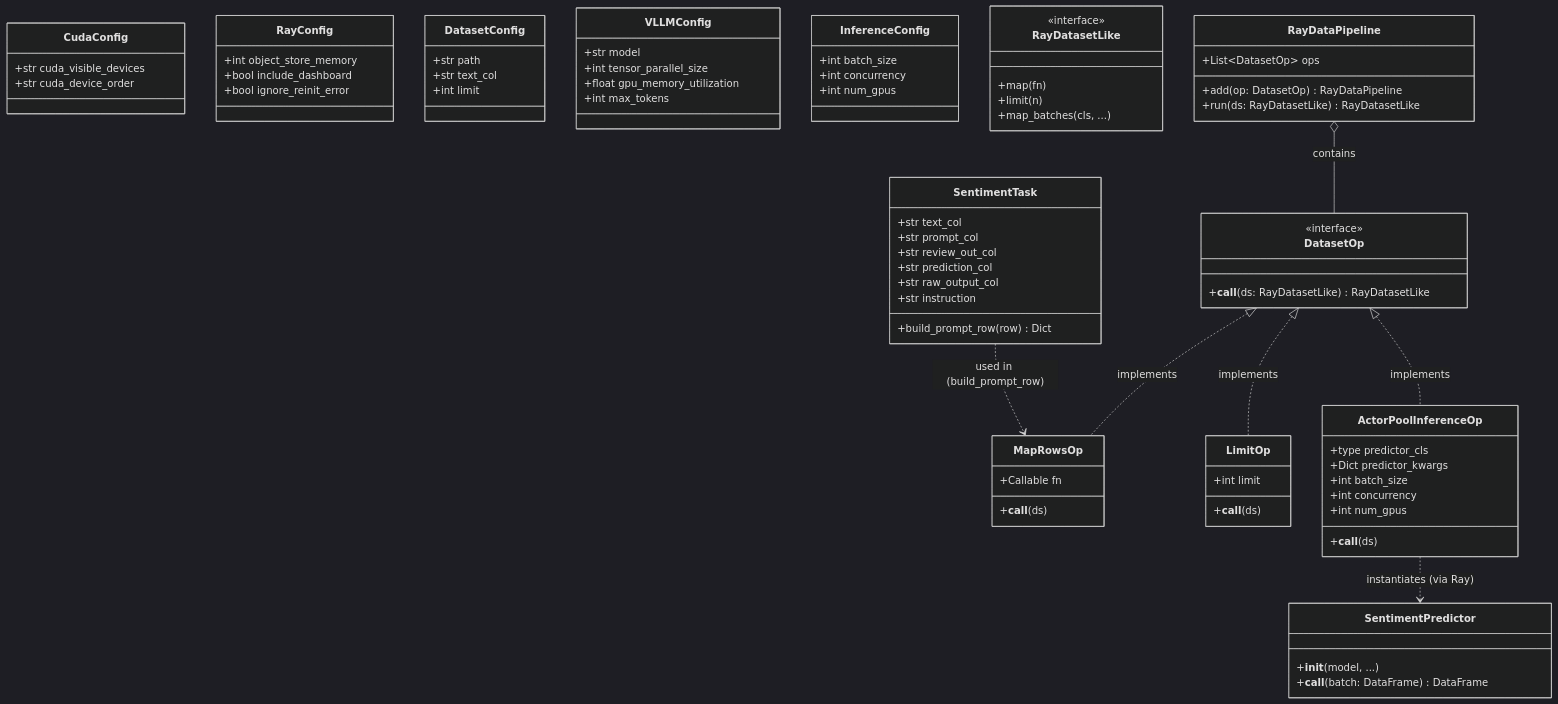
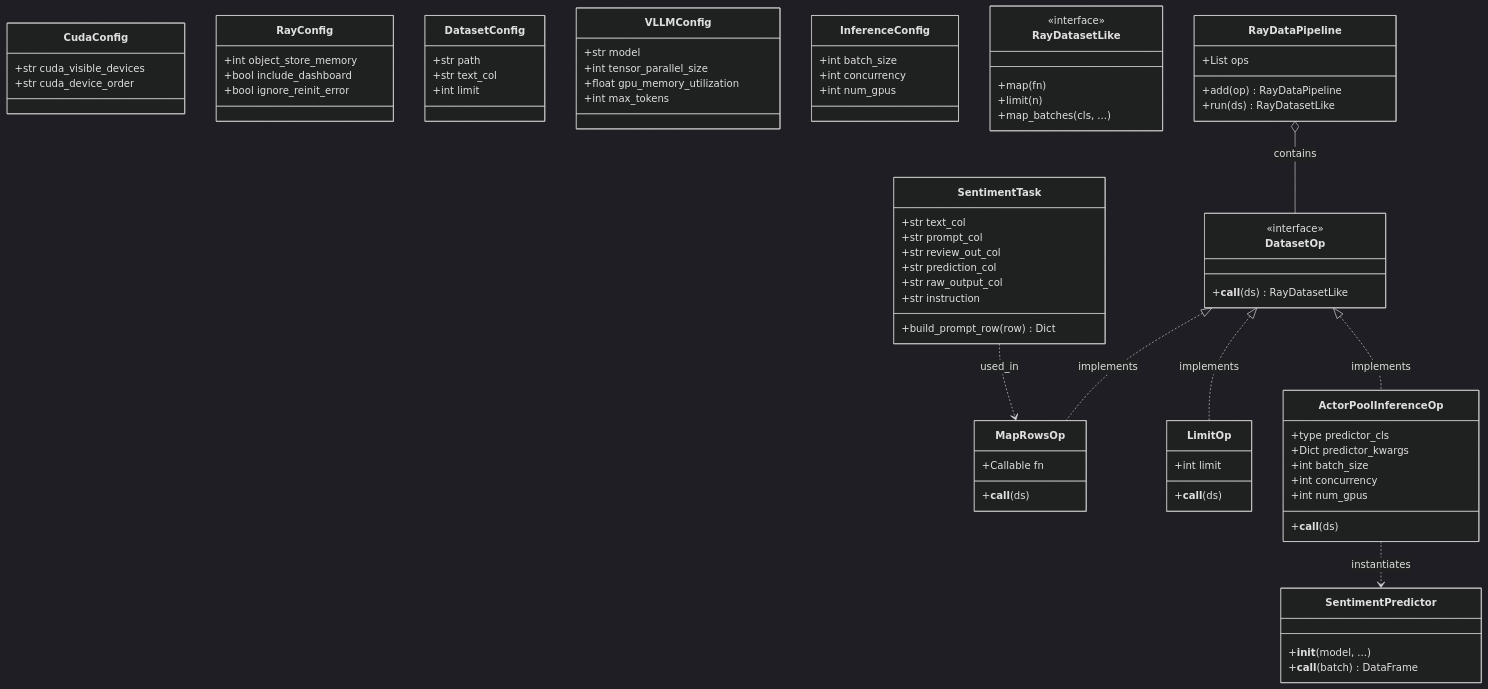
The diagram in mermaid/class_diagram.mmd (GentleCold/DaseR), drawn with Mermaid (dark theme) before and after one commit. The commit also changed 2 other files, not shown here.

Commit message:
fix: Correct mermaid syntax errors in diagrams

```diff
--- a/mermaid/class_diagram.mmd
+++ b/mermaid/class_diagram.mmd
@@ -1,89 +1,89 @@
 classDiagram
     %% Configuration Classes
     class CudaConfig {
         +str cuda_visible_devices
         +str cuda_device_order
     }
     class RayConfig {
         +int object_store_memory
         +bool include_dashboard
         +bool ignore_reinit_error
     }
     class DatasetConfig {
         +str path
         +str text_col
         +int limit
     }
     class VLLMConfig {
         +str model
         +int tensor_parallel_size
         +float gpu_memory_utilization
         +int max_tokens
     }
     class InferenceConfig {
         +int batch_size
         +int concurrency
         +int num_gpus
     }
 
     %% Pipeline & Operators
     class RayDatasetLike {
         <<interface>>
         +map(fn)
         +limit(n)
         +map_batches(cls, ...)
     }
 
     class DatasetOp {
         <<interface>>
-        +__call__(ds: RayDatasetLike) RayDatasetLike
+        +__call__(ds) RayDatasetLike
     }
 
     class RayDataPipeline {
-        +List~DatasetOp~ ops
-        +add(op: DatasetOp) RayDataPipeline
-        +run(ds: RayDatasetLike) RayDatasetLike
+        +List ops
+        +add(op) RayDataPipeline
+        +run(ds) RayDatasetLike
     }
 
     class MapRowsOp {
         +Callable fn
         +__call__(ds)
     }
 
     class LimitOp {
         +int limit
         +__call__(ds)
     }
 
     class ActorPoolInferenceOp {
         +type predictor_cls
         +Dict predictor_kwargs
         +int batch_size
         +int concurrency
         +int num_gpus
         +__call__(ds)
     }
 
     %% Task & Predictor
     class SentimentTask {
         +str text_col
         +str prompt_col
         +str review_out_col
         +str prediction_col
         +str raw_output_col
         +str instruction
         +build_prompt_row(row) Dict
     }
 
     class SentimentPredictor {
         +__init__(model, ...)
-        +__call__(batch: DataFrame) DataFrame
+        +__call__(batch) DataFrame
     }
 
     %% Relationships
     RayDataPipeline o-- DatasetOp : contains
     DatasetOp <|.. MapRowsOp : implements
     DatasetOp <|.. LimitOp : implements
     DatasetOp <|.. ActorPoolInferenceOp : implements
-    ActorPoolInferenceOp ..> SentimentPredictor : instantiates (via Ray)
-    SentimentTask ..> MapRowsOp : used in (build_prompt_row)
+    ActorPoolInferenceOp ..> SentimentPredictor : instantiates
+    SentimentTask ..> MapRowsOp : used_in
```
